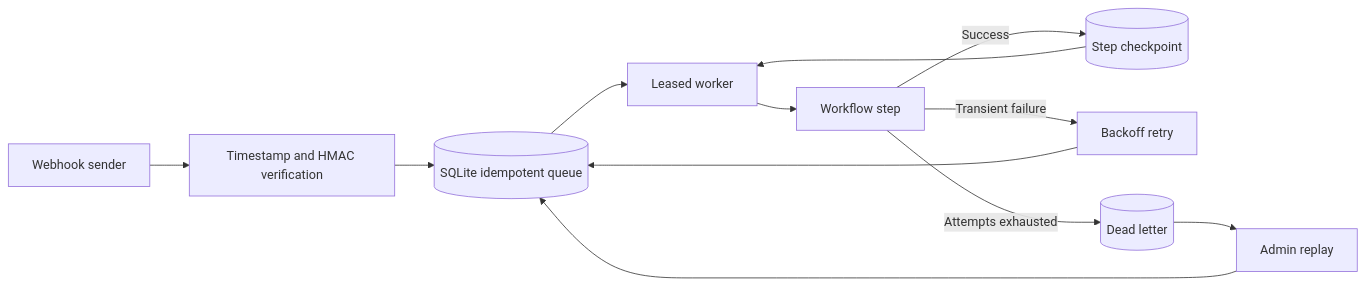
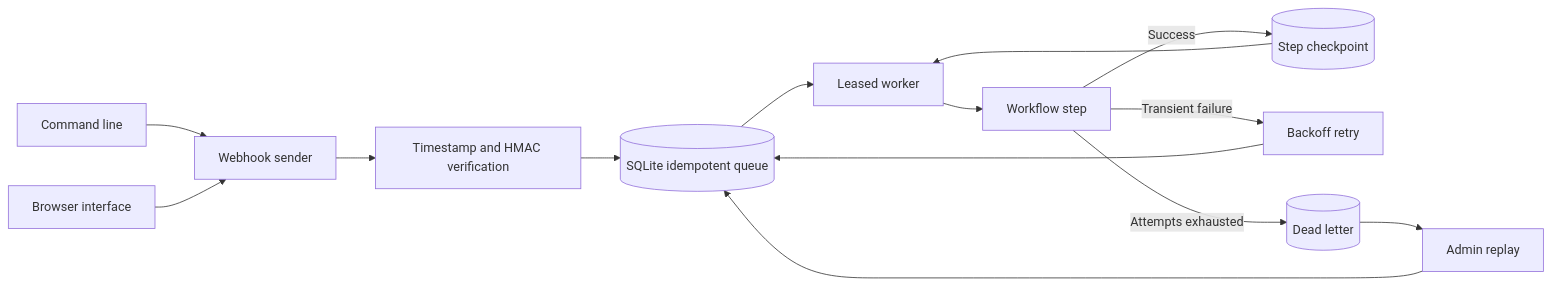
One commit to kh-bikash/event-automation-agent changed the diagram in README.md. Above: the diagram before and after it, drawn with Mermaid. The commit also changed other lines of this file and 8 other files, not shown here.

Commit message:
Ship runnable CLI and browser product

````diff
--- a/README.md
+++ b/README.md
@@ -38,14 +40,16 @@
 ```mermaid
 flowchart LR
+    CLI[Command line] --> Sender
+    Browser[Browser interface] --> Sender
     Sender[Webhook sender] --> Verify[Timestamp and HMAC verification]
     Verify --> Queue[(SQLite idempotent queue)]
     Queue --> Worker[Leased worker]
     Worker --> Step[Workflow step]
     Step -->|Success| Checkpoint[(Step checkpoint)]
     Checkpoint --> Worker
     Step -->|Transient failure| Retry[Backoff retry]
     Retry --> Queue
     Step -->|Attempts exhausted| Dead[(Dead letter)]
     Dead --> Operator[Admin replay]
     Operator --> Queue
 ```
````
